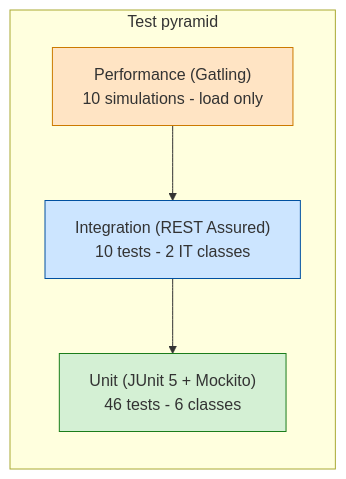
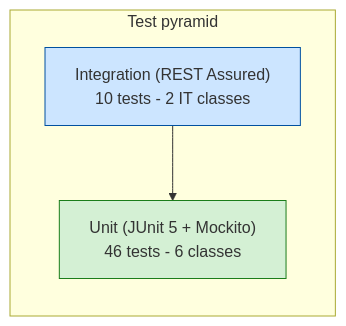
Before and after one commit to tsiupa/gen-ai-software-engineering: the diagram in homework-2/TESTING_GUIDE.md, drawn with Mermaid. The commit also changed other lines of this file and 14 other files, not shown here.

First line of the commit message:
chore: remove Gatling performance tests and related docs

````diff
--- a/homework-2/TESTING_GUIDE.md
+++ b/homework-2/TESTING_GUIDE.md
@@ -11,18 +10,14 @@
 ```mermaid
 flowchart TB
     subgraph Pyr["Test pyramid"]
         direction TB
-        Perf["Performance (Gatling)<br/>10 simulations - load only"]
         IT["Integration (REST Assured)<br/>10 tests - 2 IT classes"]
         Unit["Unit (JUnit 5 + Mockito)<br/>46 tests - 6 classes"]
     end
-    Perf --> IT
     IT --> Unit
 
-    classDef perfStyle fill:#ffe4c4,stroke:#cc7a00
     classDef itStyle fill:#cce5ff,stroke:#0050a0
     classDef unitStyle fill:#d4f0d4,stroke:#1a7d1a
-    class Perf perfStyle
     class IT itStyle
     class Unit unitStyle
 ```
````
